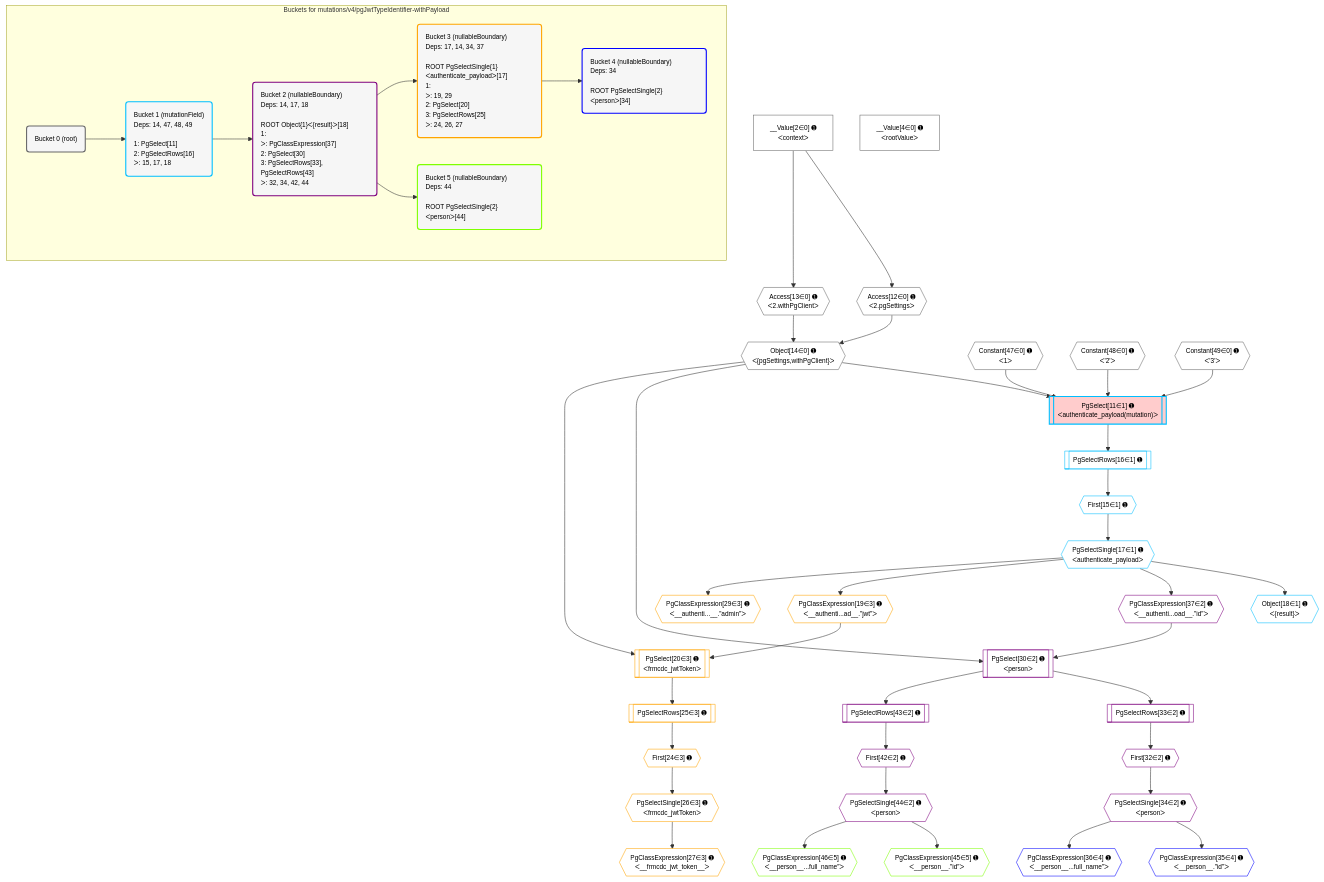
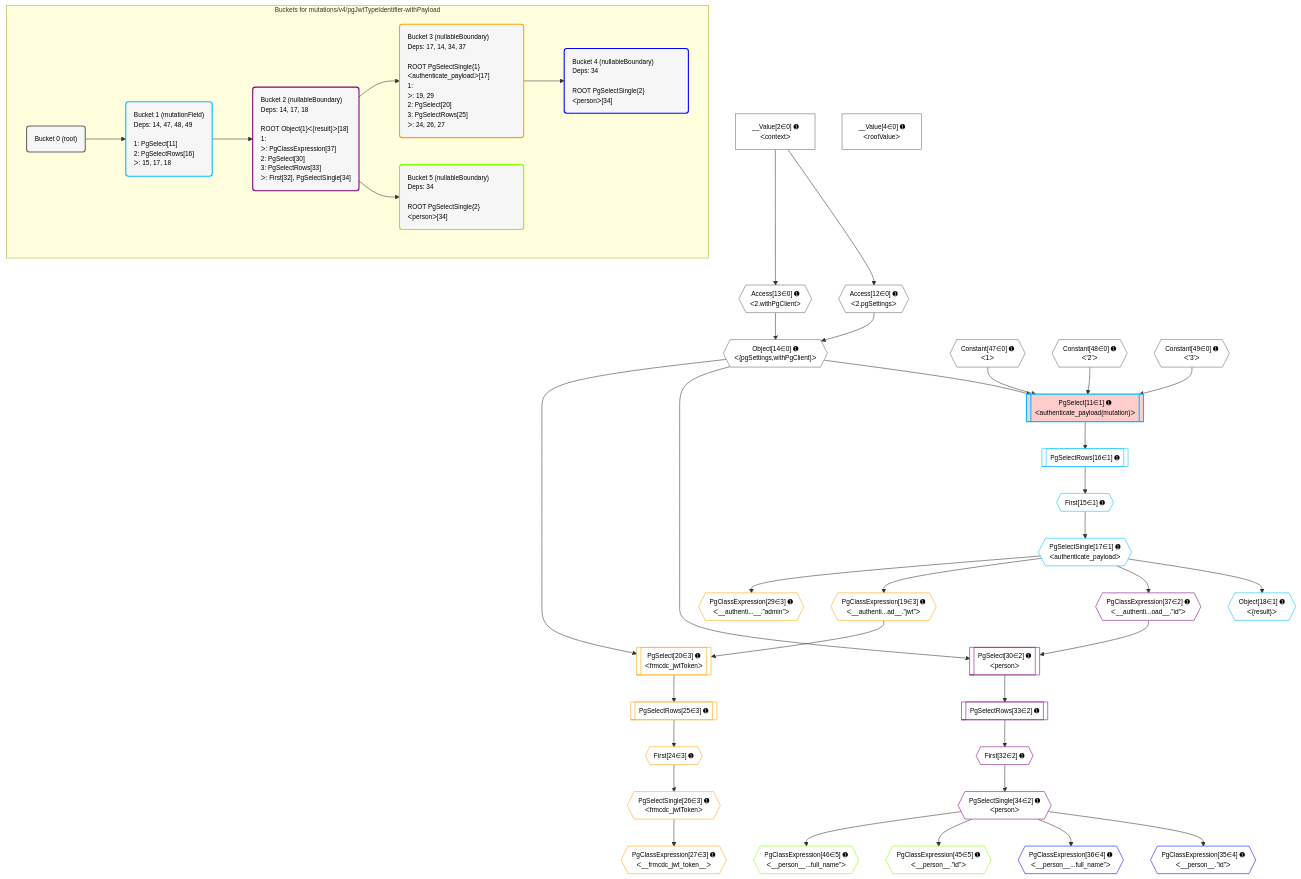
The diagram in postgraphile/postgraphile/__tests__/mutations/v4/pgJwtTypeIdentifier-withPayload.mermaid (graphile/crystal), drawn with Mermaid before and after one commit. The commit also changed 92 other files, not shown here.

Commit message:
Update plan diagrams

```diff
--- a/postgraphile/postgraphile/__tests__/mutations/v4/pgJwtTypeIdentifier-withPayload.mermaid
+++ b/postgraphile/postgraphile/__tests__/mutations/v4/pgJwtTypeIdentifier-withPayload.mermaid
@@ -1,97 +1,91 @@
 %%{init: {'themeVariables': { 'fontSize': '12px'}}}%%
 graph TD
     classDef path fill:#eee,stroke:#000,color:#000
     classDef plan fill:#fff,stroke-width:1px,color:#000
     classDef itemplan fill:#fff,stroke-width:2px,color:#000
     classDef unbatchedplan fill:#dff,stroke-width:1px,color:#000
     classDef sideeffectplan fill:#fcc,stroke-width:2px,color:#000
     classDef bucket fill:#f6f6f6,color:#000,stroke-width:2px,text-align:left
 
 
     %% plan dependencies
     Object14{{"Object[14∈0] ➊<br />ᐸ{pgSettings,withPgClient}ᐳ"}}:::plan
     Access12{{"Access[12∈0] ➊<br />ᐸ2.pgSettingsᐳ"}}:::plan
     Access13{{"Access[13∈0] ➊<br />ᐸ2.withPgClientᐳ"}}:::plan
     Access12 & Access13 --> Object14
     __Value2["__Value[2∈0] ➊<br />ᐸcontextᐳ"]:::plan
     __Value2 --> Access12
     __Value2 --> Access13
     __Value4["__Value[4∈0] ➊<br />ᐸrootValueᐳ"]:::plan
     Constant47{{"Constant[47∈0] ➊<br />ᐸ1ᐳ"}}:::plan
     Constant48{{"Constant[48∈0] ➊<br />ᐸ'2'ᐳ"}}:::plan
     Constant49{{"Constant[49∈0] ➊<br />ᐸ'3'ᐳ"}}:::plan
     PgSelect11[["PgSelect[11∈1] ➊<br />ᐸauthenticate_payload(mutation)ᐳ"]]:::sideeffectplan
     Object14 & Constant47 & Constant48 & Constant49 --> PgSelect11
     First15{{"First[15∈1] ➊"}}:::plan
     PgSelectRows16[["PgSelectRows[16∈1] ➊"]]:::plan
     PgSelectRows16 --> First15
     PgSelect11 --> PgSelectRows16
     PgSelectSingle17{{"PgSelectSingle[17∈1] ➊<br />ᐸauthenticate_payloadᐳ"}}:::plan
     First15 --> PgSelectSingle17
     Object18{{"Object[18∈1] ➊<br />ᐸ{result}ᐳ"}}:::plan
     PgSelectSingle17 --> Object18
     PgSelect30[["PgSelect[30∈2] ➊<br />ᐸpersonᐳ"]]:::plan
     PgClassExpression37{{"PgClassExpression[37∈2] ➊<br />ᐸ__authenti...oad__.”id”ᐳ"}}:::plan
     Object14 & PgClassExpression37 --> PgSelect30
     First32{{"First[32∈2] ➊"}}:::plan
     PgSelectRows33[["PgSelectRows[33∈2] ➊"]]:::plan
     PgSelectRows33 --> First32
     PgSelect30 --> PgSelectRows33
     PgSelectSingle34{{"PgSelectSingle[34∈2] ➊<br />ᐸpersonᐳ"}}:::plan
     First32 --> PgSelectSingle34
     PgSelectSingle17 --> PgClassExpression37
-    First42{{"First[42∈2] ➊"}}:::plan
-    PgSelectRows43[["PgSelectRows[43∈2] ➊"]]:::plan
-    PgSelectRows43 --> First42
-    PgSelect30 --> PgSelectRows43
-    PgSelectSingle44{{"PgSelectSingle[44∈2] ➊<br />ᐸpersonᐳ"}}:::plan
-    First42 --> PgSelectSingle44
     PgSelect20[["PgSelect[20∈3] ➊<br />ᐸfrmcdc_jwtTokenᐳ"]]:::plan
     PgClassExpression19{{"PgClassExpression[19∈3] ➊<br />ᐸ__authenti...ad__.”jwt”ᐳ"}}:::plan
     Object14 & PgClassExpression19 --> PgSelect20
     PgSelectSingle17 --> PgClassExpression19
     First24{{"First[24∈3] ➊"}}:::plan
     PgSelectRows25[["PgSelectRows[25∈3] ➊"]]:::plan
     PgSelectRows25 --> First24
     PgSelect20 --> PgSelectRows25
     PgSelectSingle26{{"PgSelectSingle[26∈3] ➊<br />ᐸfrmcdc_jwtTokenᐳ"}}:::plan
     First24 --> PgSelectSingle26
     PgClassExpression27{{"PgClassExpression[27∈3] ➊<br />ᐸ__frmcdc_jwt_token__ᐳ"}}:::plan
     PgSelectSingle26 --> PgClassExpression27
     PgClassExpression29{{"PgClassExpression[29∈3] ➊<br />ᐸ__authenti...__.”admin”ᐳ"}}:::plan
     PgSelectSingle17 --> PgClassExpression29
     PgClassExpression35{{"PgClassExpression[35∈4] ➊<br />ᐸ__person__.”id”ᐳ"}}:::plan
     PgSelectSingle34 --> PgClassExpression35
     PgClassExpression36{{"PgClassExpression[36∈4] ➊<br />ᐸ__person__...full_name”ᐳ"}}:::plan
     PgSelectSingle34 --> PgClassExpression36
     PgClassExpression45{{"PgClassExpression[45∈5] ➊<br />ᐸ__person__.”id”ᐳ"}}:::plan
-    PgSelectSingle44 --> PgClassExpression45
+    PgSelectSingle34 --> PgClassExpression45
     PgClassExpression46{{"PgClassExpression[46∈5] ➊<br />ᐸ__person__...full_name”ᐳ"}}:::plan
-    PgSelectSingle44 --> PgClassExpression46
+    PgSelectSingle34 --> PgClassExpression46
 
     %% define steps
 
     subgraph "Buckets for mutations/v4/pgJwtTypeIdentifier-withPayload"
     Bucket0("Bucket 0 (root)"):::bucket
     classDef bucket0 stroke:#696969
     class Bucket0,__Value2,__Value4,Access12,Access13,Object14,Constant47,Constant48,Constant49 bucket0
     Bucket1("Bucket 1 (mutationField)<br />Deps: 14, 47, 48, 49<br /><br />1: PgSelect[11]<br />2: PgSelectRows[16]<br />ᐳ: 15, 17, 18"):::bucket
     classDef bucket1 stroke:#00bfff
     class Bucket1,PgSelect11,First15,PgSelectRows16,PgSelectSingle17,Object18 bucket1
-    Bucket2("Bucket 2 (nullableBoundary)<br />Deps: 14, 17, 18<br /><br />ROOT Object{1}ᐸ{result}ᐳ[18]<br />1: <br />ᐳ: PgClassExpression[37]<br />2: PgSelect[30]<br />3: PgSelectRows[33], PgSelectRows[43]<br />ᐳ: 32, 34, 42, 44"):::bucket
+    Bucket2("Bucket 2 (nullableBoundary)<br />Deps: 14, 17, 18<br /><br />ROOT Object{1}ᐸ{result}ᐳ[18]<br />1: <br />ᐳ: PgClassExpression[37]<br />2: PgSelect[30]<br />3: PgSelectRows[33]<br />ᐳ: First[32], PgSelectSingle[34]"):::bucket
     classDef bucket2 stroke:#7f007f
-    class Bucket2,PgSelect30,First32,PgSelectRows33,PgSelectSingle34,PgClassExpression37,First42,PgSelectRows43,PgSelectSingle44 bucket2
+    class Bucket2,PgSelect30,First32,PgSelectRows33,PgSelectSingle34,PgClassExpression37 bucket2
     Bucket3("Bucket 3 (nullableBoundary)<br />Deps: 17, 14, 34, 37<br /><br />ROOT PgSelectSingle{1}ᐸauthenticate_payloadᐳ[17]<br />1: <br />ᐳ: 19, 29<br />2: PgSelect[20]<br />3: PgSelectRows[25]<br />ᐳ: 24, 26, 27"):::bucket
     classDef bucket3 stroke:#ffa500
     class Bucket3,PgClassExpression19,PgSelect20,First24,PgSelectRows25,PgSelectSingle26,PgClassExpression27,PgClassExpression29 bucket3
     Bucket4("Bucket 4 (nullableBoundary)<br />Deps: 34<br /><br />ROOT PgSelectSingle{2}ᐸpersonᐳ[34]"):::bucket
     classDef bucket4 stroke:#0000ff
     class Bucket4,PgClassExpression35,PgClassExpression36 bucket4
-    Bucket5("Bucket 5 (nullableBoundary)<br />Deps: 44<br /><br />ROOT PgSelectSingle{2}ᐸpersonᐳ[44]"):::bucket
+    Bucket5("Bucket 5 (nullableBoundary)<br />Deps: 34<br /><br />ROOT PgSelectSingle{2}ᐸpersonᐳ[34]"):::bucket
     classDef bucket5 stroke:#7fff00
     class Bucket5,PgClassExpression45,PgClassExpression46 bucket5
     Bucket0 --> Bucket1
     Bucket1 --> Bucket2
     Bucket2 --> Bucket3 & Bucket5
     Bucket3 --> Bucket4
     end
```
